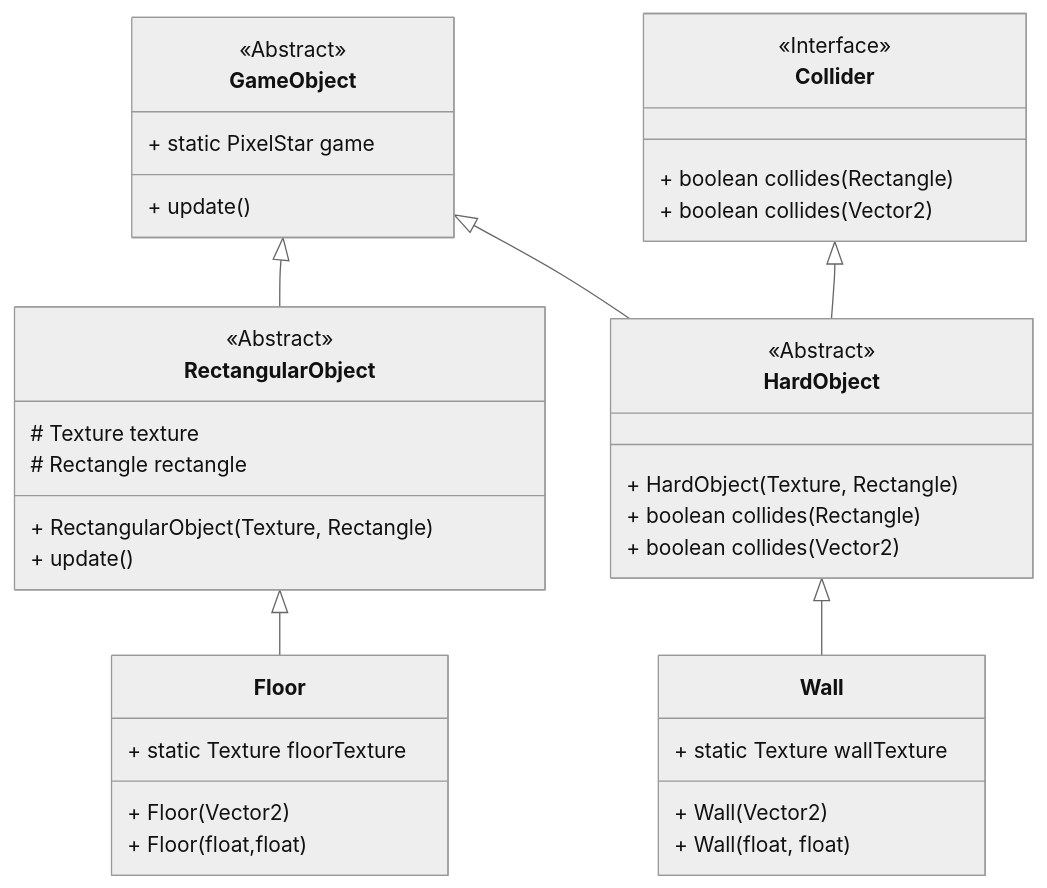
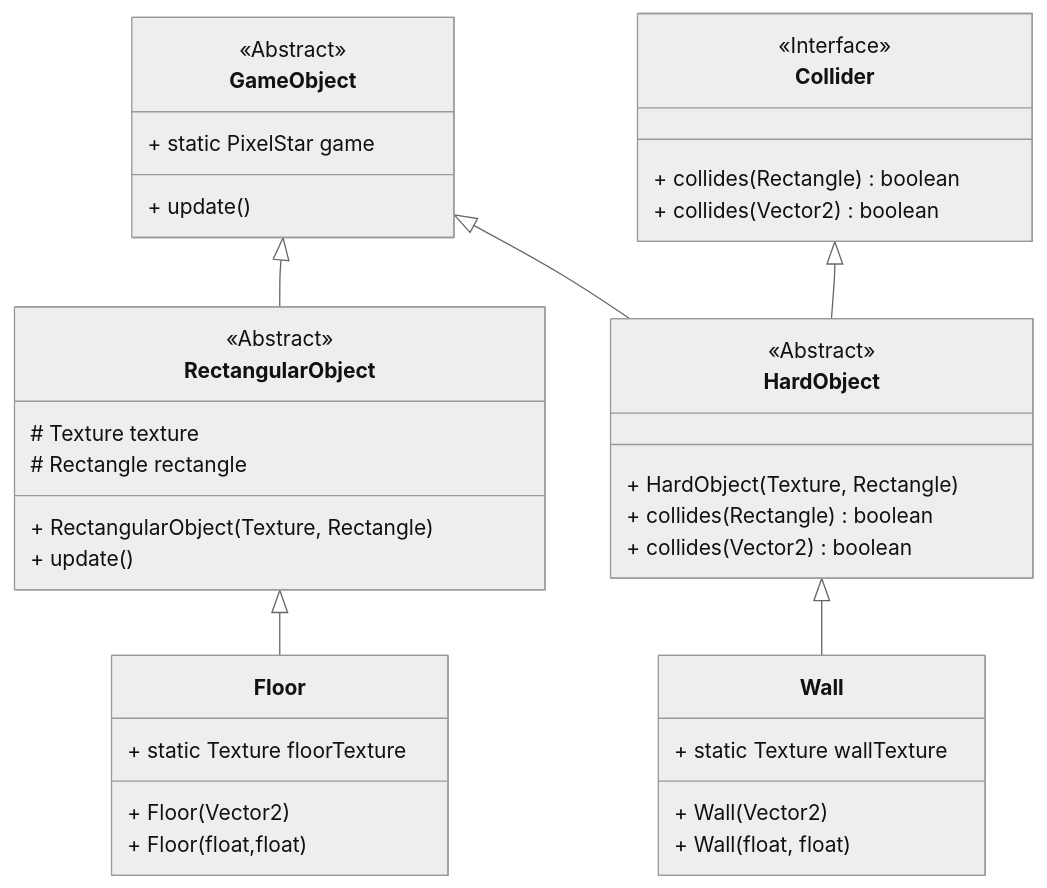
One commit to StrangeClone/PixelStars changed the diagram in core/src/com/pixelstar/gameobject/README.md. Above: the diagram before and after it, drawn with Mermaid (neutral theme). The commit also changed 5 other files, not shown here.

````diff
--- a/core/src/com/pixelstar/gameobject/README.md
+++ b/core/src/com/pixelstar/gameobject/README.md
@@ -6,41 +6,41 @@
 ```mermaid
 classDiagram
 class GameObject {
     <<Abstract>>
     + static PixelStar game
     + update()
 }
 class RectangularObject {
     <<Abstract>>
     # Texture texture
     # Rectangle rectangle
     + RectangularObject(Texture, Rectangle)
     + update()
 }
 GameObject <|-- RectangularObject
 class Floor {
     + static Texture floorTexture
     + Floor(Vector2)
     + Floor(float,float)
 }
 RectangularObject <|-- Floor
 class Collider {
     <<Interface>>
-    + boolean collides(Rectangle)
-    + boolean collides(Vector2)
+    + collides(Rectangle) boolean
+    + collides(Vector2) boolean
 }
 class HardObject {
     <<Abstract>>
     + HardObject (Texture, Rectangle)
-    + boolean collides(Rectangle)
-    + boolean collides(Vector2)
+    + collides(Rectangle) boolean
+    + collides(Vector2) boolean
 }
 GameObject <|-- HardObject
 Collider <|-- HardObject
 class Wall {
     + static Texture wallTexture
     + Wall(Vector2)
     + Wall(float, float)
 }
 HardObject <|-- Wall
 ```
````
